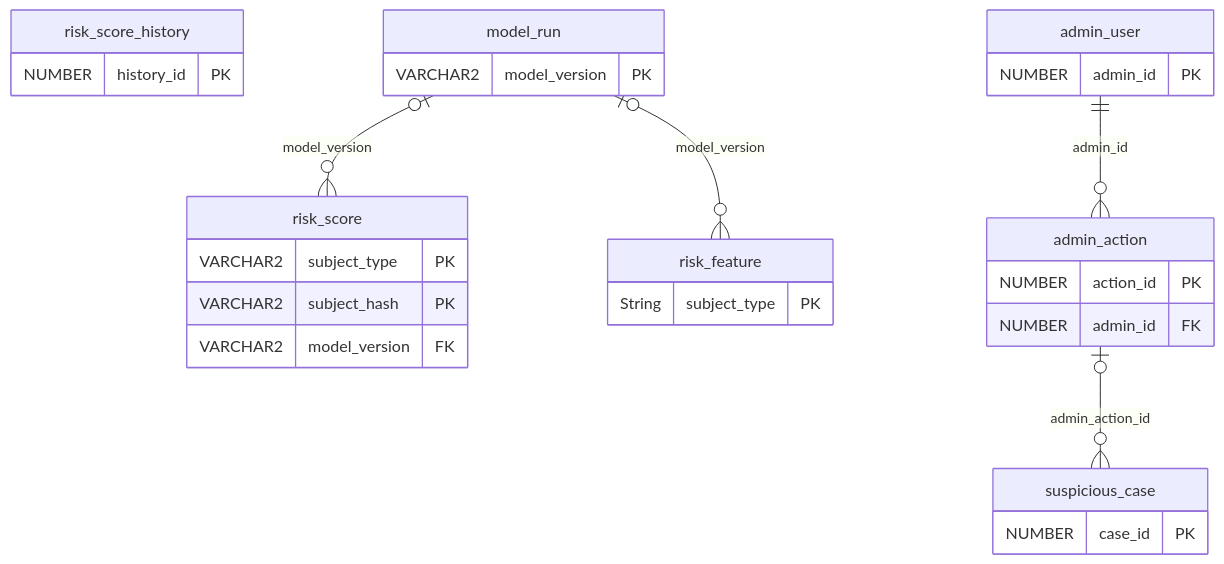
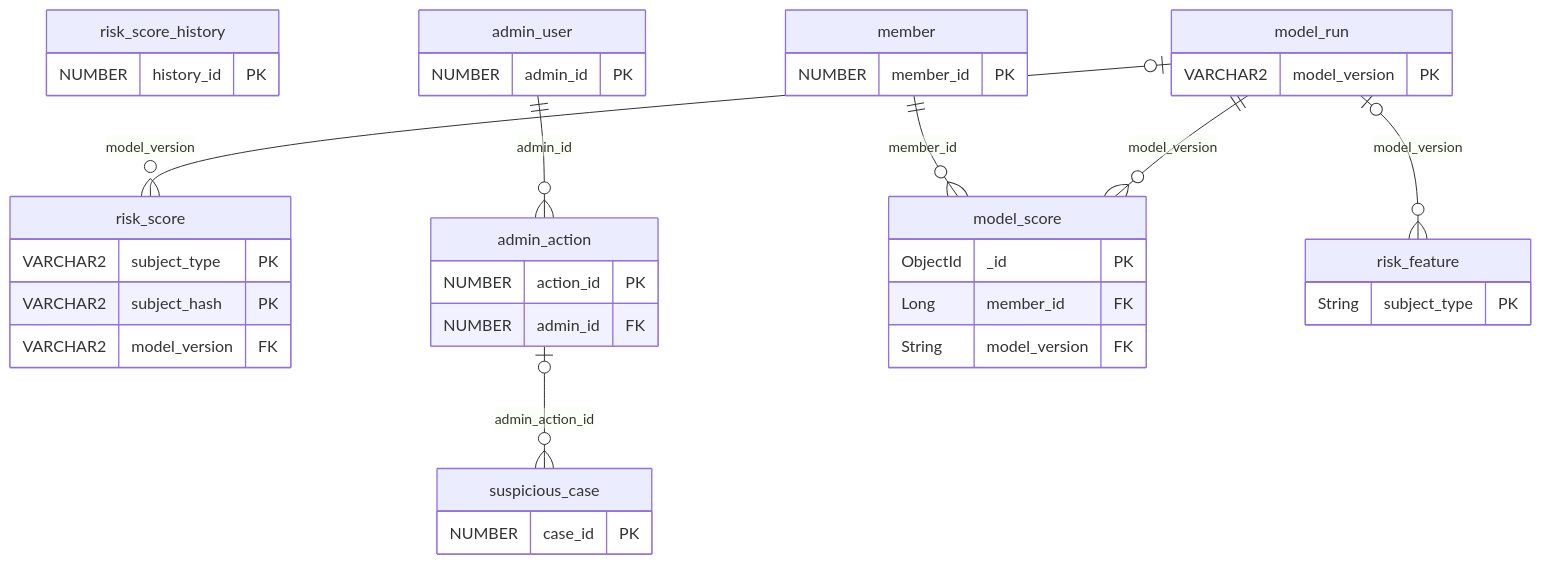
One commit to BrainSaver/Jejari changed the seventh of 11 diagrams in docs/Jejari_ERD.md. Above: the diagram before and after it, drawn with Mermaid. The commit also changed other lines of this file and 5 other files, not shown here.

Commit message:
db(erd): v25 모델 보조 의견 — Mongo model_score 추가, model_run.algorithm에 ENSEMBLE, risk_score.iforest_score 삭제 (RISK-05)

````diff
--- a/docs/Jejari_ERD.md
+++ b/docs/Jejari_ERD.md
@@ -1492,31 +1496,41 @@
 ```mermaid
 erDiagram
   risk_score {
     VARCHAR2 subject_type PK
     VARCHAR2 subject_hash PK
     VARCHAR2 model_version FK
   }
   risk_score_history {
     NUMBER history_id PK
   }
   admin_action {
     NUMBER action_id PK
     NUMBER admin_id FK
   }
   model_run {
     VARCHAR2 model_version PK
   }
+  model_score {
+    ObjectId _id PK
+    Long member_id FK
+    String model_version FK
+  }
   admin_user {
     NUMBER admin_id PK
   }
   suspicious_case {
     NUMBER case_id PK
   }
   risk_feature {
     String subject_type PK
   }
+  member {
+    NUMBER member_id PK
+  }
   model_run |o--o{ risk_score : "model_version"
   admin_user ||--o{ admin_action : "admin_id"
   admin_action |o--o{ suspicious_case : "admin_action_id"
   model_run |o--o{ risk_feature : "model_version"
+  member ||--o{ model_score : "member_id"
+  model_run ||--o{ model_score : "model_version"
 ```
````
